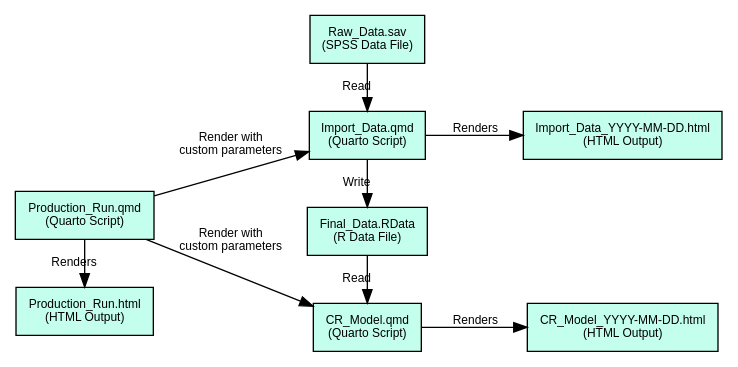
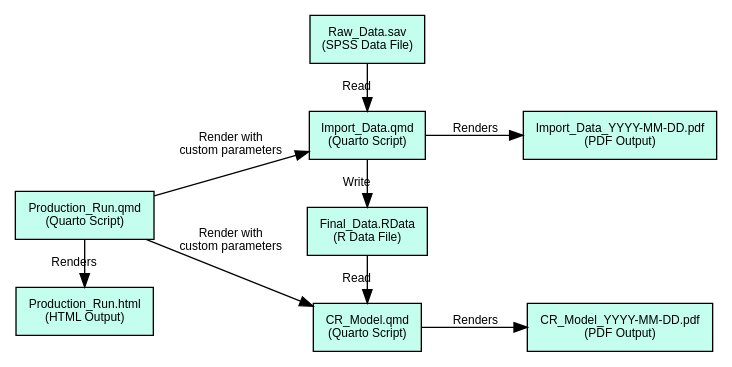
The diagram in scripts/Production_Run.qmd (sjpierce/SANETPA), drawn with Graphviz before and after one commit.

Commit message:
Updated data flow diagram.

````diff
--- a/scripts/Production_Run.qmd
+++ b/scripts/Production_Run.qmd
@@ -111,33 +111,33 @@
 ```{dot}
 //| label: fig-production
 //| fig-cap: "Data Flow Diagram"
 //| fig-width: 7
 //| fig-height: 3.5
 
 digraph Production {
 rankdir="LR";
 
 node [shape = "box", style= "filled", fontname = "Arial", fontsize = 9, fillcolor = "#C3FFEC"]
 Script2 [label = "CR_Model.qmd\n(Quarto Script)"]
-HTML2 [label = "CR_Model_YYYY-MM-DD.html\n(HTML Output)"]
+HTML2 [label = "CR_Model_YYYY-MM-DD.pdf\n(PDF Output)"]
 Script1 [label = "Import_Data.qmd\n(Quarto Script)"]
 RawData [label = "Raw_Data.sav\n(SPSS Data File)"]
 FinalData [label = "Final_Data.RData\n(R Data File)"]
-HTML1 [label = "Import_Data_YYYY-MM-DD.html\n(HTML Output)"]
+HTML1 [label = "Import_Data_YYYY-MM-DD.pdf\n(PDF Output)"]
 HTML0 [label = "Production_Run.html\n(HTML Output)"]
 Script0 [label = "Production_Run.qmd\n(Quarto Script)"]
 
 edge [fontname = "Arial", fontsize = 9]
 Script0 -> Script1 [label = "Render with\ncustom parameters"]
 Script0 -> Script2 [label = "Render with\ncustom parameters"]
 RawData -> Script1 [label = "Read"]
 Script0 -> HTML0 [label = "Renders"]
 Script1 -> HTML1 [label = "Renders"]
 Script1 -> FinalData [label = "Write"]
 FinalData -> Script2 [label = "Read"]
 Script2 -> HTML2 [label = "Renders"]
 
 { rank=same; RawData; Script2; Script1; FinalData}
 { rank=same; Script0; HTML0}
 }
 ```
````
